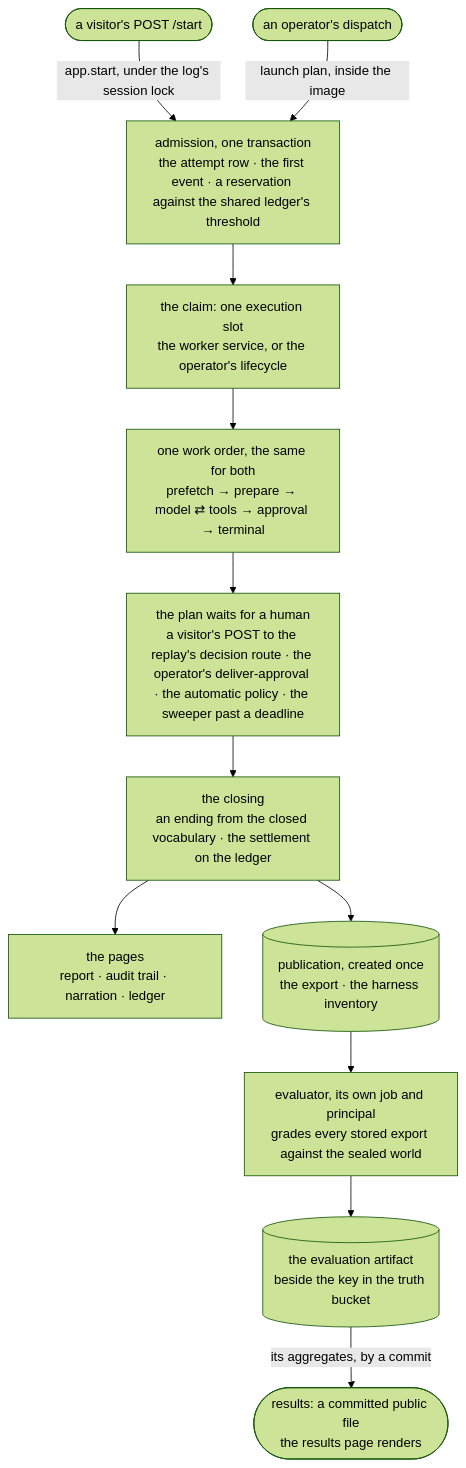
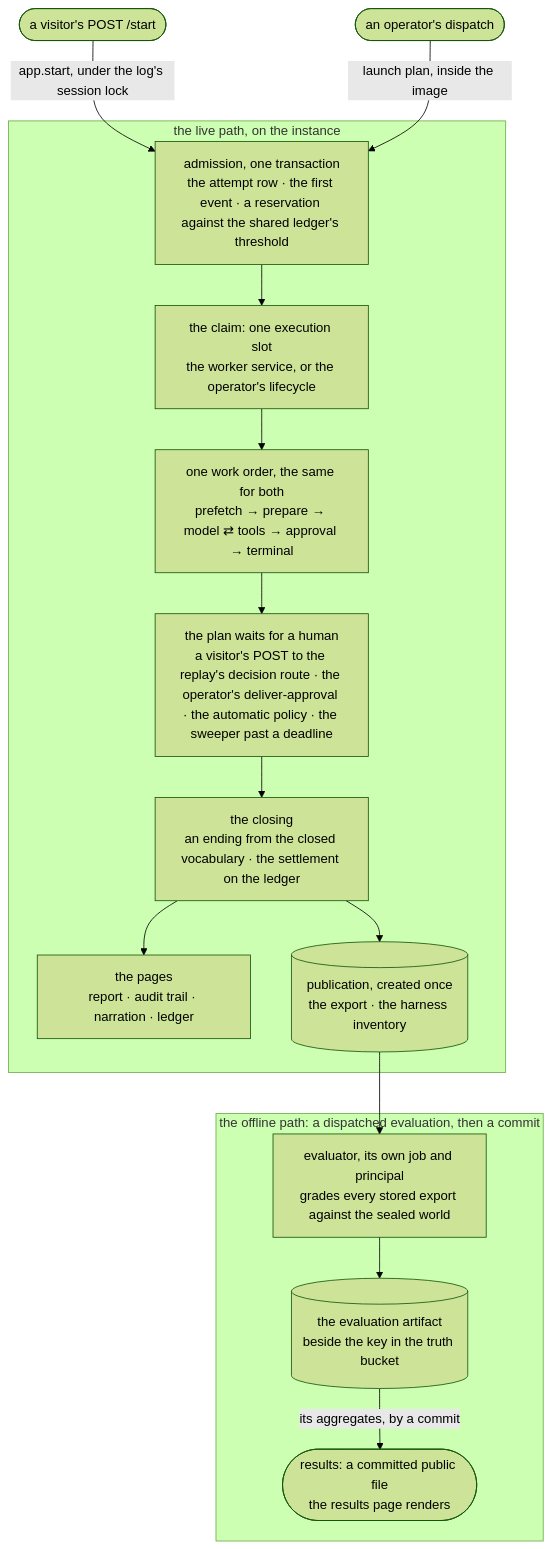
One commit to arda-basarici/leave-impact-agent changed the first of 2 diagrams in ARCHITECTURE.md. Above: the diagram before and after it, drawn with Mermaid (forest theme). The commit also changed other lines of this file, not shown here.

````diff
--- a/ARCHITECTURE.md
+++ b/ARCHITECTURE.md
@@ -27,15 +27,20 @@
 ```mermaid
 flowchart TD
+    subgraph LIVE["the live path, on the instance"]
+        ADM["admission, one transaction<br/>the attempt row · the first event · a reservation against the shared ledger's threshold"]
+        ADM --> CL["the claim: one execution slot<br/>the worker service, or the operator's lifecycle"]
+        CL --> WO["one work order, the same for both<br/>prefetch → prepare → model ⇄ tools → approval → terminal"]
+        WO --> WAIT["the plan waits for a human<br/>a visitor's POST to the replay's decision route · the operator's deliver-approval · the automatic policy · the sweeper past a deadline"]
+        WAIT --> CLOSE["the closing<br/>an ending from the closed vocabulary · the settlement on the ledger"]
+        CLOSE --> PAGES["the pages<br/>report · audit trail · narration · ledger"]
+        CLOSE --> PUB[("publication, created once<br/>the export · the harness inventory")]
+    end
+    subgraph OFFLINE["the offline path: a dispatched evaluation, then a commit"]
+        EV["evaluator, its own job and principal<br/>grades every stored export against the sealed world"]
+        EV --> ART[("the evaluation artifact<br/>beside the key in the truth bucket")]
+        ART -->|"its aggregates, by a commit"| RES(["results: a committed public file<br/>the results page renders"])
+    end
     VS(["a visitor's POST /start"]) -->|"app.start, under the log's session lock"| ADM
     OP(["an operator's dispatch"]) -->|"launch plan, inside the image"| ADM
-    ADM["admission, one transaction<br/>the attempt row · the first event · a reservation against the shared ledger's threshold"]
-    ADM --> CL["the claim: one execution slot<br/>the worker service, or the operator's lifecycle"]
-    CL --> WO["one work order, the same for both<br/>prefetch → prepare → model ⇄ tools → approval → terminal"]
-    WO --> WAIT["the plan waits for a human<br/>a visitor's POST to the replay's decision route · the operator's deliver-approval · the automatic policy · the sweeper past a deadline"]
-    WAIT --> END["the closing<br/>an ending from the closed vocabulary · the settlement on the ledger"]
-    END --> PAGES["the pages<br/>report · audit trail · narration · ledger"]
-    END --> PUB[("publication, created once<br/>the export · the harness inventory")]
-    PUB --> EV["evaluator, its own job and principal<br/>grades every stored export against the sealed world"]
-    EV --> ART[("the evaluation artifact<br/>beside the key in the truth bucket")]
-    ART -->|"its aggregates, by a commit"| RES(["results: a committed public file<br/>the results page renders"])
+    PUB --> EV
 ```
````
